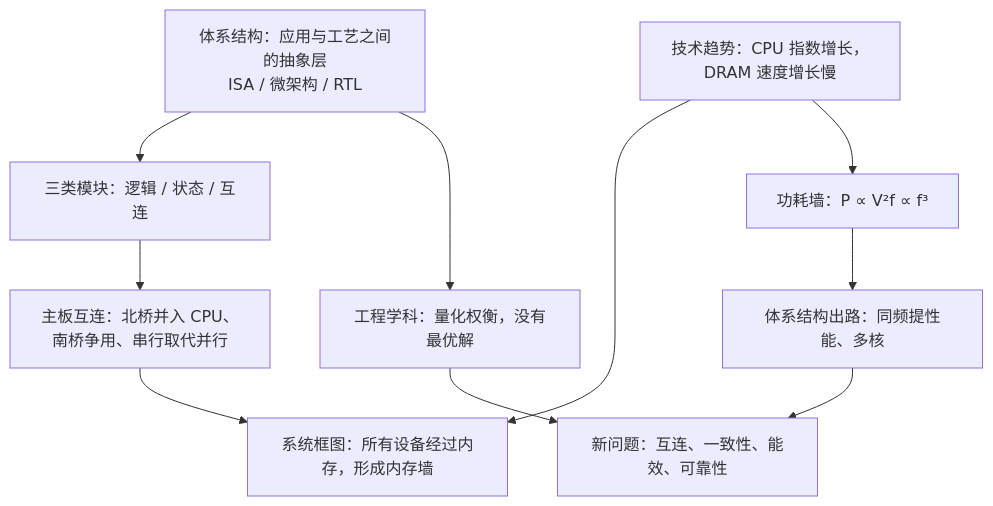
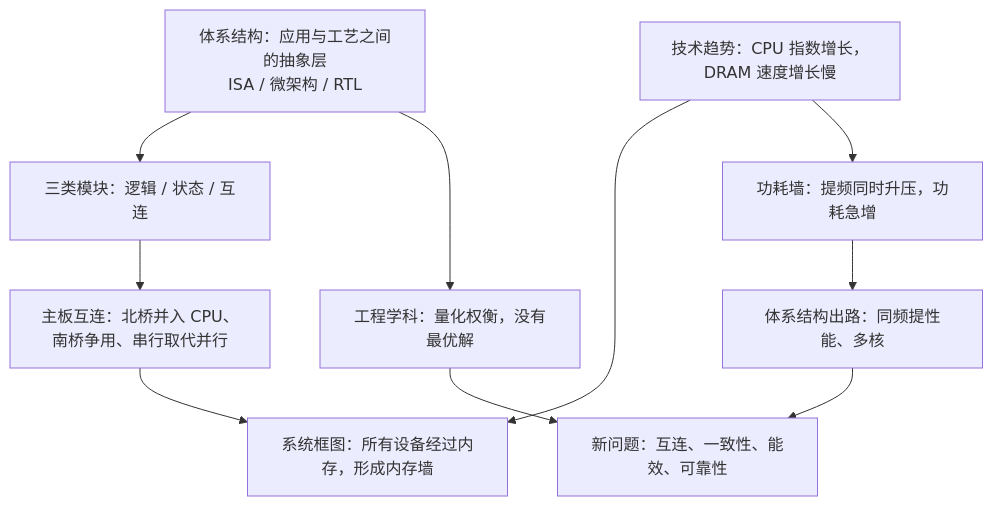
The diagram in computer-organization-and-architecture/output/L01/index.md (MiniYuanBot/note-buddy), drawn with Mermaid before and after one commit. The commit also changed other lines of this file and 26 other files, not shown here.

````diff
--- a/computer-organization-and-architecture/output/L01/index.md
+++ b/computer-organization-and-architecture/output/L01/index.md
@@ -29,12 +29,12 @@
 ```mermaid
 flowchart TB
   D["体系结构：应用与工艺之间的抽象层<br/>ISA / 微架构 / RTL"] --> B["三类模块：逻辑 / 状态 / 互连"]
   D --> Q["工程学科：量化权衡，没有最优解"]
   B --> MB["主板互连：北桥并入 CPU、南桥争用、串行取代并行"]
   MB --> MW["系统框图：所有设备经过内存，形成内存墙"]
   T["技术趋势：CPU 指数增长，DRAM 速度增长慢"] --> MW
-  T --> PW["功耗墙：P ∝ V²f ∝ f³"]
+  T --> PW["功耗墙：提频同时升压，功耗急增"]
   PW --> S["体系结构出路：同频提性能、多核"]
   S --> C["新问题：互连、一致性、能效、可靠性"]
   Q --> C
 ```
````
